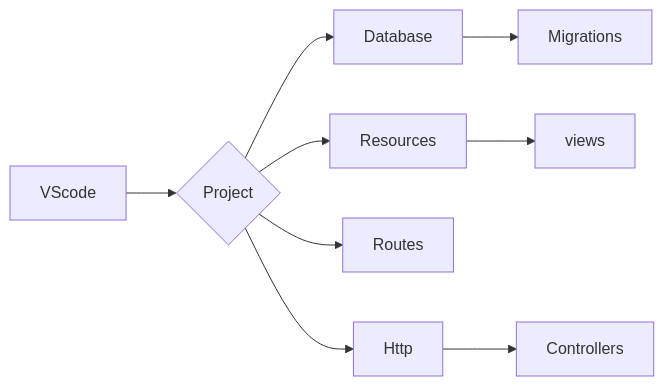
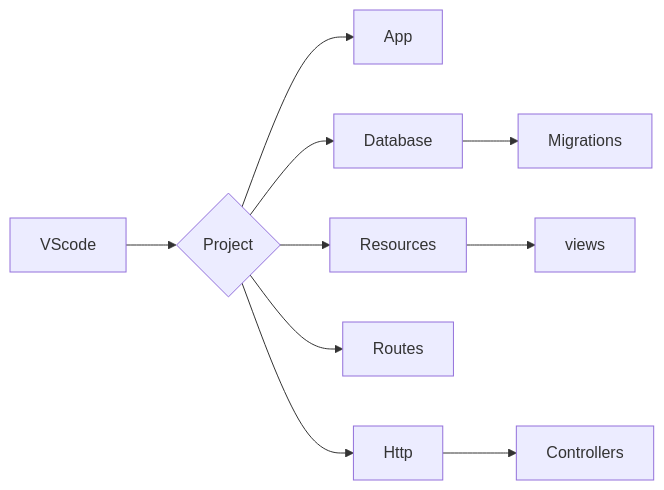
The diagram in readme.md (SauloCandeira/PHP-Laravel), drawn with Mermaid before and after one commit.

````diff
--- a/readme.md
+++ b/readme.md
@@ -19,15 +19,16 @@
 ```mermaid
 flowchart LR
 B[VScode]
 
 B --> C{Project}
+C --> R[App]
 
 C --> P[Database]
 P --> Q[Migrations]
 
 C --> N[Resources]
 N --> O[views]
 C --> K[Routes]
 C --> L[Http]
 L --> M[Controllers]
 ```
````
